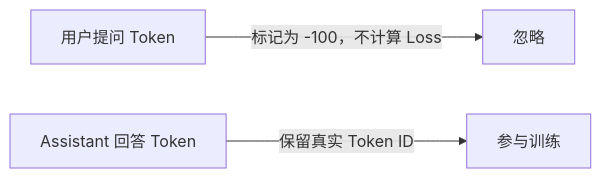
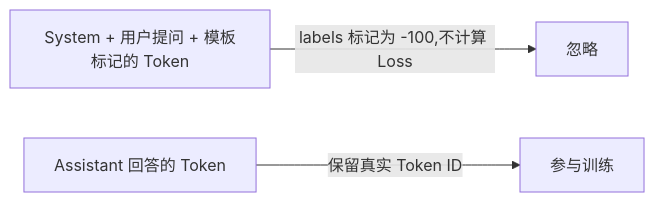
One commit to AI-learning-simple/Build-Your-Own-LLM changed the second of 3 diagrams in 2. Alignment 与训练工程/2. SFT——模型如何学会理解人类指令.md. Above: the diagram before and after it, drawn with Mermaid. The commit also changed other lines of this file and 41 other files, not shown here.

````diff
--- a/2. Alignment 与训练工程/2. SFT——模型如何学会理解人类指令.md
+++ b/2. Alignment 与训练工程/2. SFT——模型如何学会理解人类指令.md
@@ -62,5 +102,5 @@
 ```mermaid
 flowchart LR
-    A["用户提问 Token"] -->|标记为 -100，不计算 Loss| B[忽略]
-    C["Assistant 回答 Token"] -->|保留真实 Token ID| D[参与训练]
+    A["System + 用户提问 + 模板标记的 Token"] -->|"labels 标记为 -100,不计算 Loss"| B[忽略]
+    C["Assistant 回答的 Token"] -->|"保留真实 Token ID"| D[参与训练]
 ```
````
